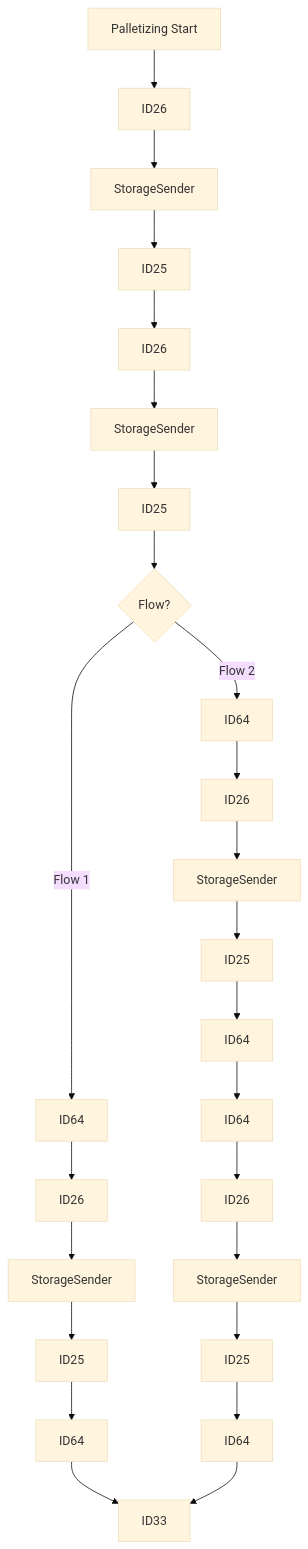
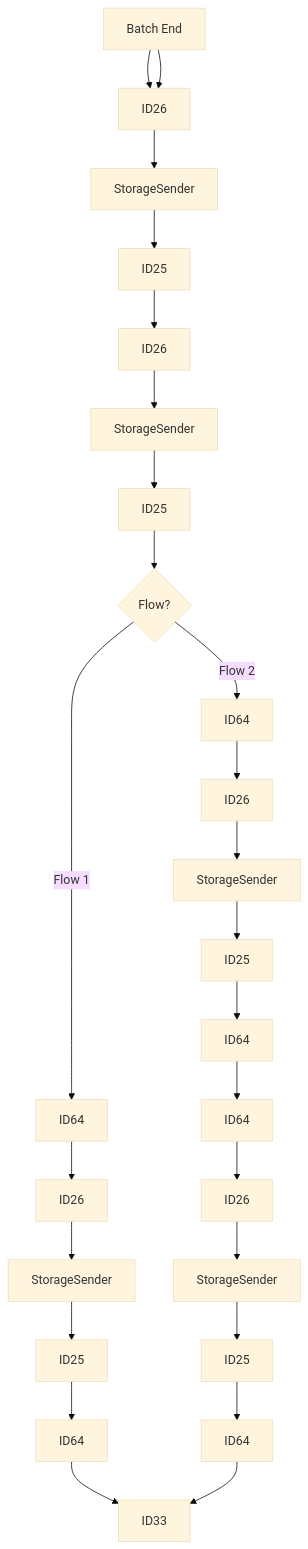
Before and after one commit to luthfiadityaa/SimeDarby-Wiki: the second of 2 diagrams in Basic-Design/DFD-WMS/Storage/Palletizing-Settting.md, drawn with Mermaid (base theme).

Commit message:
Updated Palletizing Settting

```diff
--- a/Basic-Design/DFD-WMS/Storage/Palletizing-Settting.md
+++ b/Basic-Design/DFD-WMS/Storage/Palletizing-Settting.md
@@ -17,12 +17,15 @@
 ::: mermaid
 flowchart TD  
 P1[Palletizing Start]-->P2[ID26]-->P3[StorageSender]-->P4[ID25]
 P4[ID25]-->P5[ID26]-->P6[StorageSender]-->P7[ID25]
 P7[ID25]-->Cond1{Flow?} 
 Cond1 --> |Flow 1| P8[ID64]
 Cond1 --> |Flow 2| P9[ID64]
 P8[ID64]-->P10[ID26]-->P11[StorageSender]-->P12[ID25]-->P13[ID64]
 P9[ID64]-->P15[ID26]-->P16[StorageSender]-->P17[ID25]-->P18[ID64]-->P19[ID64]-->P20[ID26]-->P21[StorageSender]-->P22[ID25]-->P23[ID64]
+
+P1[Batch End]-->P2[ID26]
+
 P13[ID64]-->P14[ID33]
 P23[ID64]-->P14[ID33]
 :::
```
